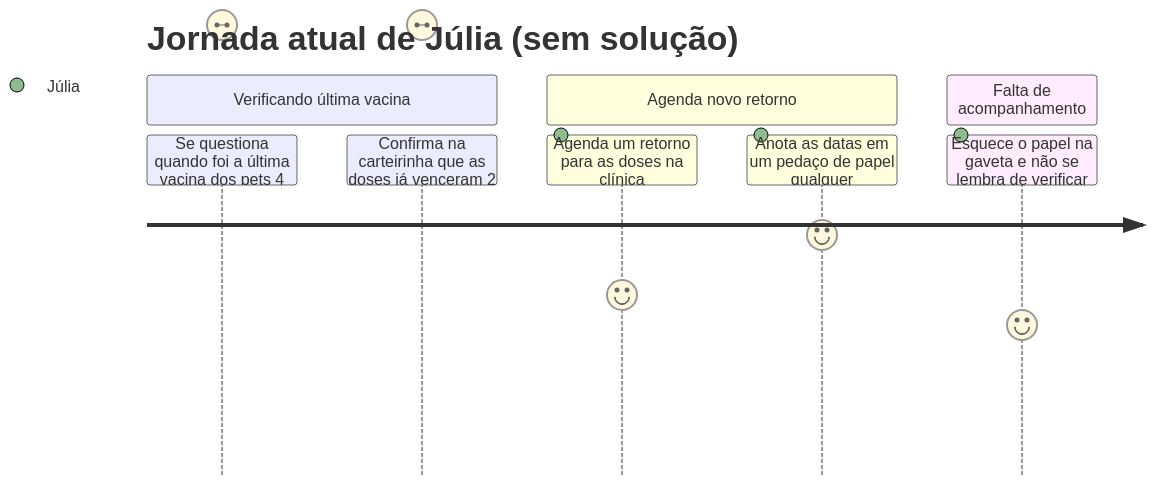
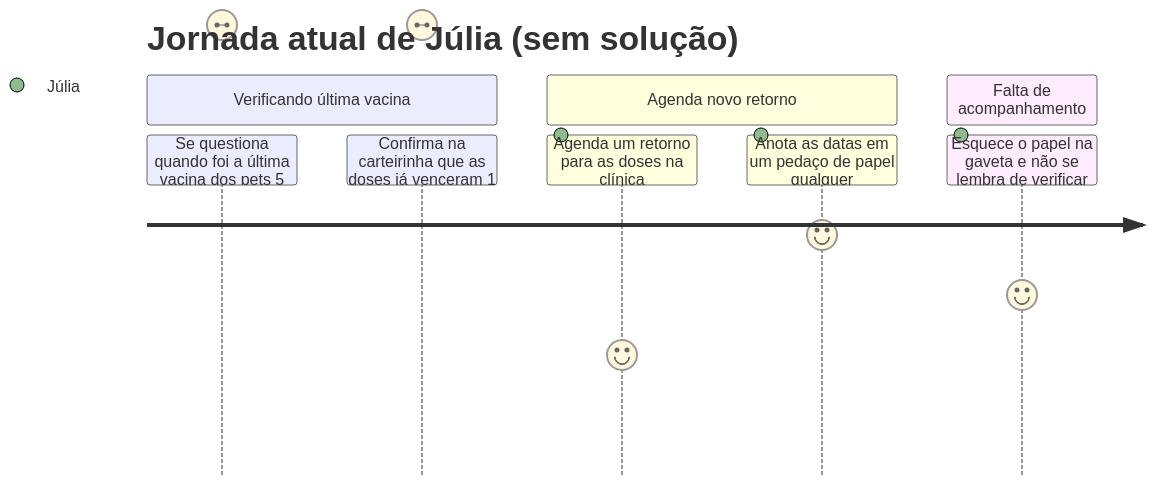
The diagram in docs/5_cenarios.md (dlopesx/projeto-ux), drawn with Mermaid before and after one commit.

Commit message:
att. score do mermaid

````diff
--- a/docs/5_cenarios.md
+++ b/docs/5_cenarios.md
@@ -35,12 +35,12 @@
 ```mermaid
 journey
     title Jornada atual de Júlia (sem solução)
     section Verificando última vacina
-      Se questiona quando foi a última vacina dos pets 4: Júlia
-      Confirma na carteirinha que as doses já venceram 2: Júlia
+      Se questiona quando foi a última vacina dos pets 5: Júlia
+      Confirma na carteirinha que as doses já venceram 1: Júlia
     section Agenda novo retorno
-      Agenda um retorno para as doses na clínica: 6: Júlia
+      Agenda um retorno para as doses na clínica: 4: Júlia
       Anota as datas em um pedaço de papel qualquer: 8: Júlia
     section Falta de acompanhamento
-      Esquece o papel na gaveta e não se lembra de verificar: 5: Júlia
+      Esquece o papel na gaveta e não se lembra de verificar: 6: Júlia
 ```
````
